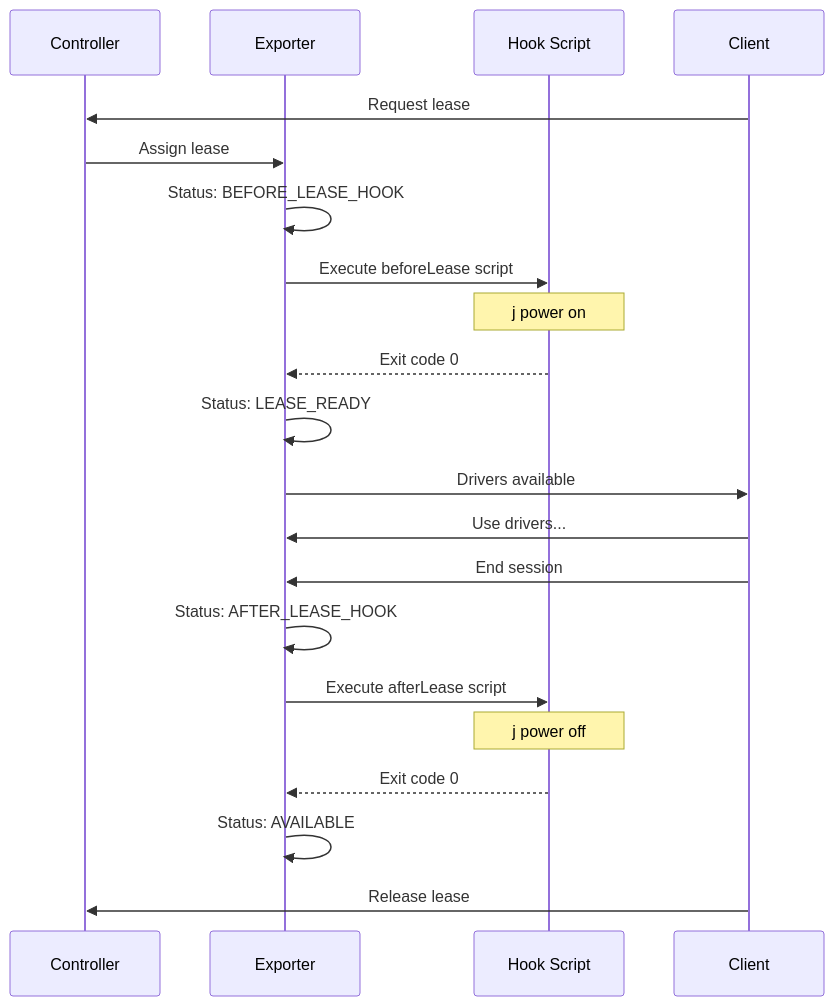
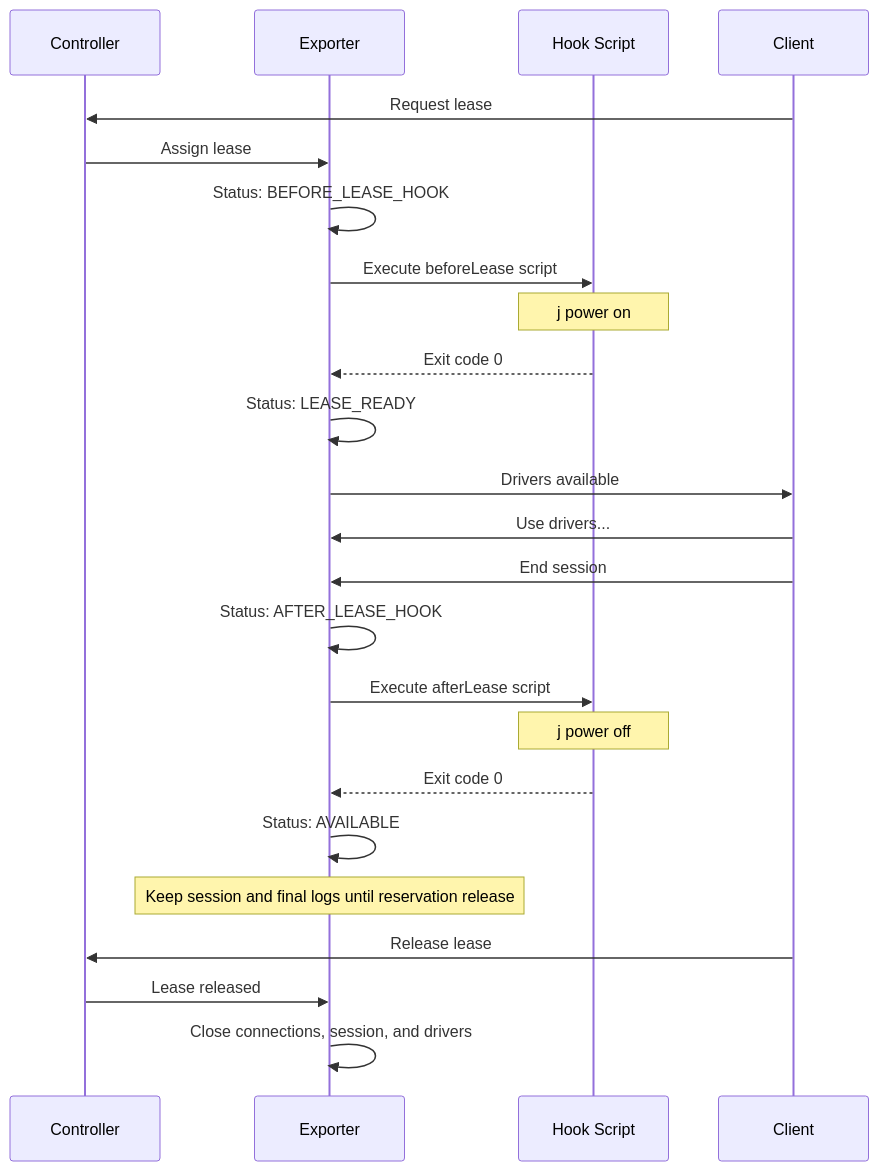
One commit to jumpstarter-dev/jumpstarter changed the diagram in docs/source/introduction/hooks.md. Above: the diagram before and after it, drawn with Mermaid. The commit also changed other lines of this file and 15 other files, not shown here.

First line of the commit message:
exporter: integrate typed FSM lifecycle and simplify lease context

````diff
--- a/docs/source/introduction/hooks.md
+++ b/docs/source/introduction/hooks.md
@@ -23,24 +24,27 @@
 ```{mermaid}
 sequenceDiagram
     participant Controller
     participant Exporter
     participant Hook as Hook Script
     participant Client
 
     Client->>Controller: Request lease
     Controller->>Exporter: Assign lease
     Exporter->>Exporter: Status: BEFORE_LEASE_HOOK
     Exporter->>Hook: Execute beforeLease script
     Note over Hook: j power on
     Hook-->>Exporter: Exit code 0
     Exporter->>Exporter: Status: LEASE_READY
     Exporter->>Client: Drivers available
     Client->>Exporter: Use drivers...
     Client->>Exporter: End session
     Exporter->>Exporter: Status: AFTER_LEASE_HOOK
     Exporter->>Hook: Execute afterLease script
     Note over Hook: j power off
     Hook-->>Exporter: Exit code 0
     Exporter->>Exporter: Status: AVAILABLE
+    Note over Exporter: Keep session and final logs until reservation release
     Client->>Controller: Release lease
+    Controller->>Exporter: Lease released
+    Exporter->>Exporter: Close connections, session, and drivers
 ```
````
